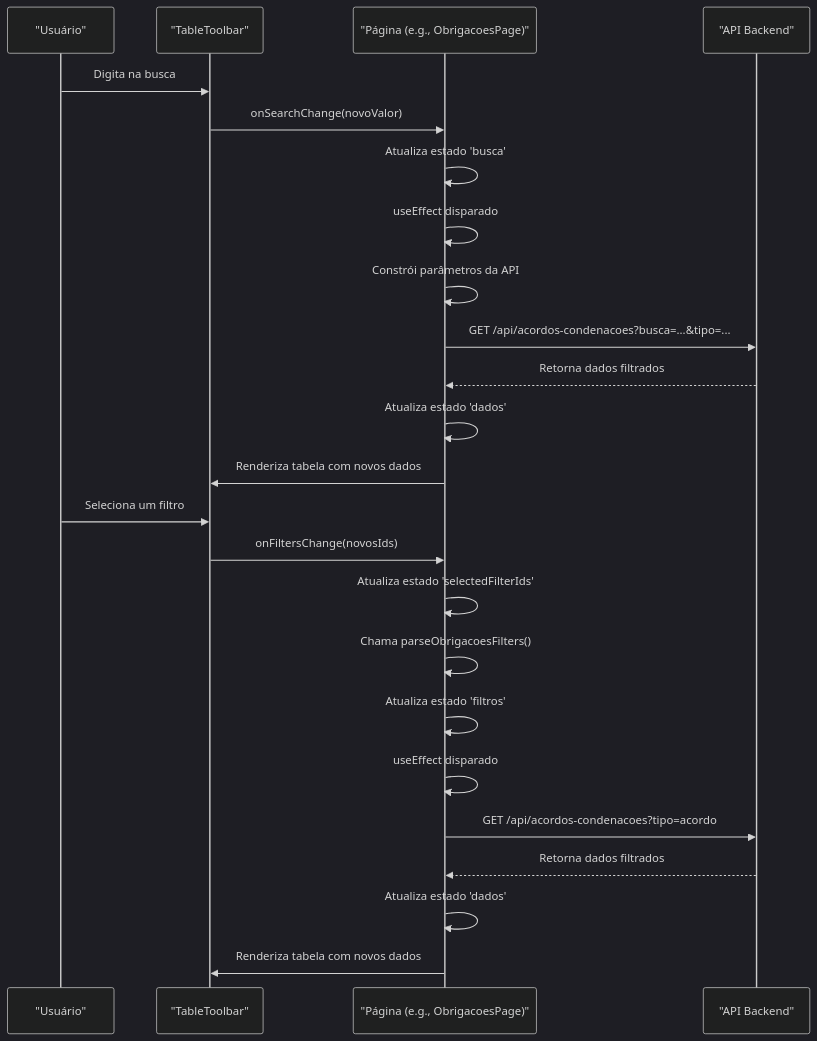
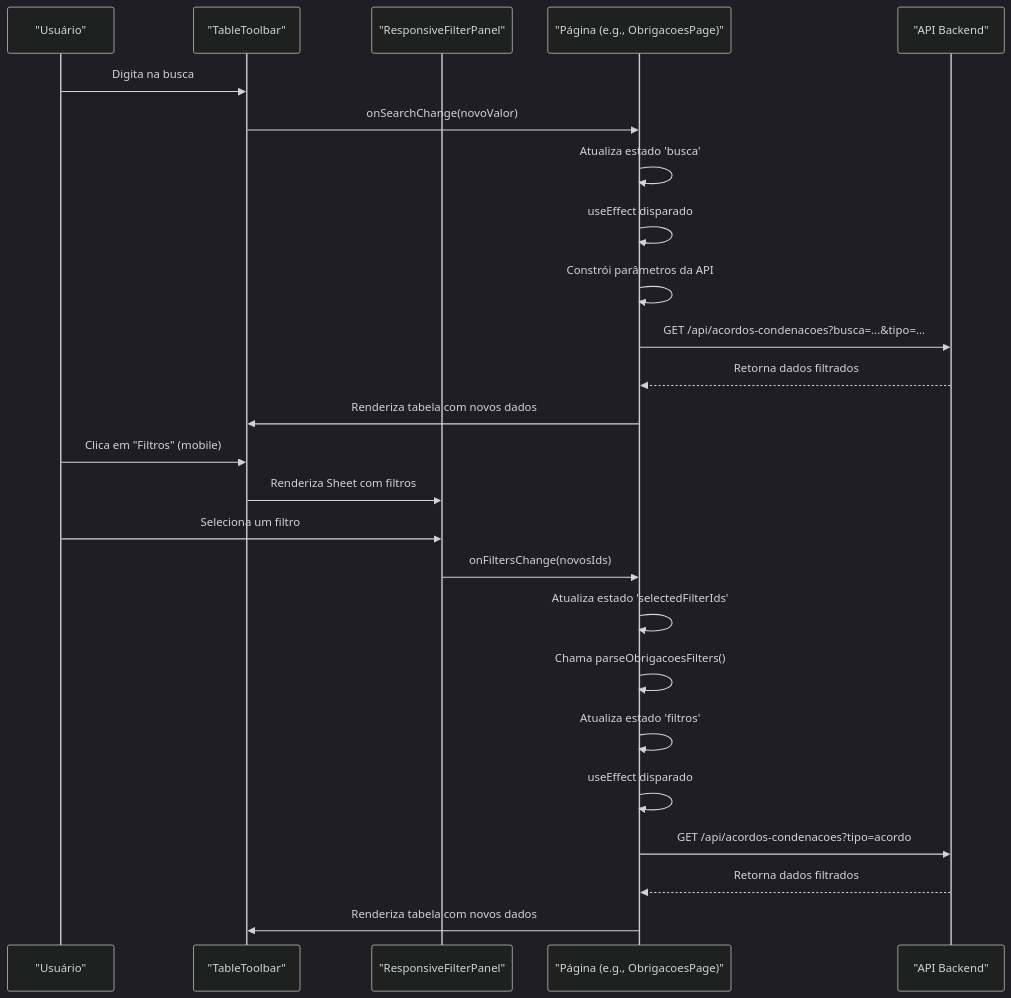
Before and after one commit to SinesysTech/diegobarbosa-os: the second of 3 diagrams in .qoder/repowiki/pt/content/Arquitetura Frontend/Ui Filters Toolbar Redesign.md, drawn with Mermaid (dark theme). The commit also changed other lines of this file and 22 other files, not shown here.

````diff
--- a/.qoder/repowiki/pt/content/Arquitetura Frontend/Ui Filters Toolbar Redesign.md
+++ b/.qoder/repowiki/pt/content/Arquitetura Frontend/Ui Filters Toolbar Redesign.md
@@ -109,26 +131,27 @@
 ```mermaid
 sequenceDiagram
 participant User as "Usuário"
 participant Toolbar as "TableToolbar"
+participant Panel as "ResponsiveFilterPanel"
 participant Page as "Página (e.g., ObrigacoesPage)"
 participant API as "API Backend"
 User->>Toolbar : Digita na busca
 Toolbar->>Page : onSearchChange(novoValor)
 Page->>Page : Atualiza estado 'busca'
 Page->>Page : useEffect disparado
 Page->>Page : Constrói parâmetros da API
 Page->>API : GET /api/acordos-condenacoes?busca=...&tipo=...
 API-->>Page : Retorna dados filtrados
-Page->>Page : Atualiza estado 'dados'
 Page->>Toolbar : Renderiza tabela com novos dados
-User->>Toolbar : Seleciona um filtro
-Toolbar->>Page : onFiltersChange(novosIds)
+User->>Toolbar : Clica em "Filtros" (mobile)
+Toolbar->>Panel : Renderiza Sheet com filtros
+User->>Panel : Seleciona um filtro
+Panel->>Page : onFiltersChange(novosIds)
 Page->>Page : Atualiza estado 'selectedFilterIds'
 Page->>Page : Chama parseObrigacoesFilters()
 Page->>Page : Atualiza estado 'filtros'
 Page->>Page : useEffect disparado
 Page->>API : GET /api/acordos-condenacoes?tipo=acordo
 API-->>Page : Retorna dados filtrados
-Page->>Page : Atualiza estado 'dados'
 Page->>Toolbar : Renderiza tabela com novos dados
 ```
````
